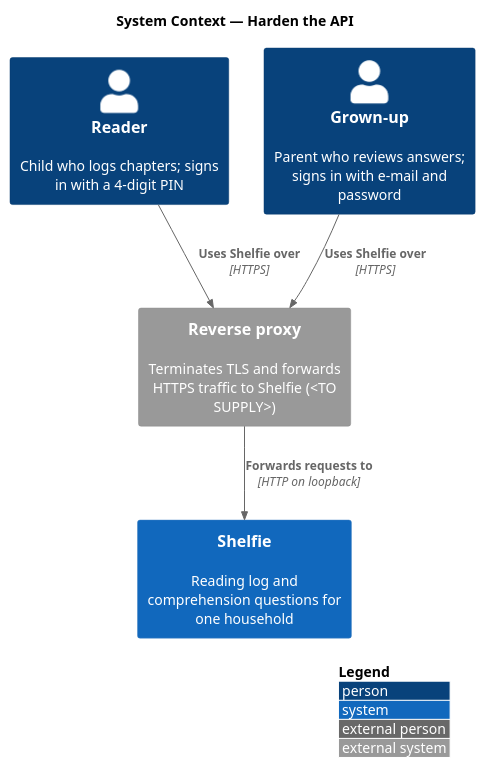
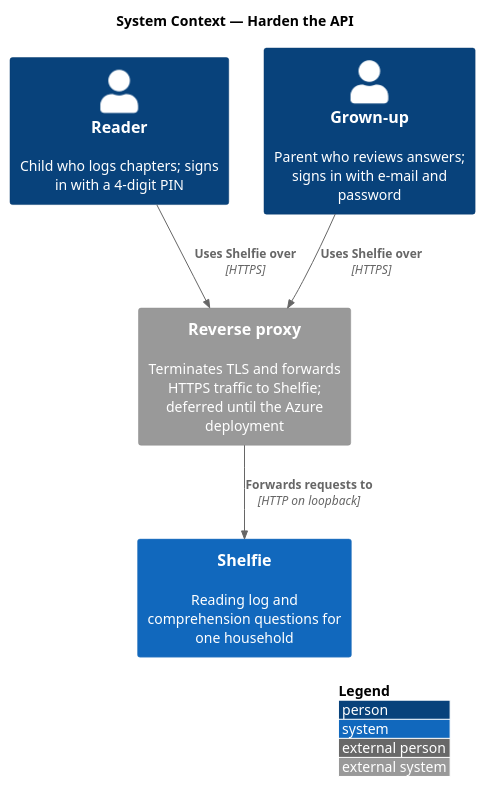
One commit to QuinntyneBrown/shelfie changed the diagram in docs/detailed-designs/platform/harden-api/diagrams/c4-context.puml. Above: the diagram before and after it, drawn with PlantUML. The commit also changed 27 other files, not shown here.

```diff
--- a/docs/detailed-designs/platform/harden-api/diagrams/c4-context.puml
+++ b/docs/detailed-designs/platform/harden-api/diagrams/c4-context.puml
@@ -1,14 +1,14 @@
 @startuml
 !include <C4/C4_Context>
 LAYOUT_WITH_LEGEND()
 title System Context — Harden the API
 
 Person(reader, "Reader", "Child who logs chapters; signs in with a 4-digit PIN")
 Person(grownUp, "Grown-up", "Parent who reviews answers; signs in with e-mail and password")
 System(shelfie, "Shelfie", "Reading log and comprehension questions for one household")
-System_Ext(proxy, "Reverse proxy", "Terminates TLS and forwards HTTPS traffic to Shelfie (<TO SUPPLY>)")
+System_Ext(proxy, "Reverse proxy", "Terminates TLS and forwards HTTPS traffic to Shelfie; deferred until the Azure deployment")
 
 Rel(reader, proxy, "Uses Shelfie over", "HTTPS")
 Rel(grownUp, proxy, "Uses Shelfie over", "HTTPS")
 Rel(proxy, shelfie, "Forwards requests to", "HTTP on loopback")
 @enduml
```
